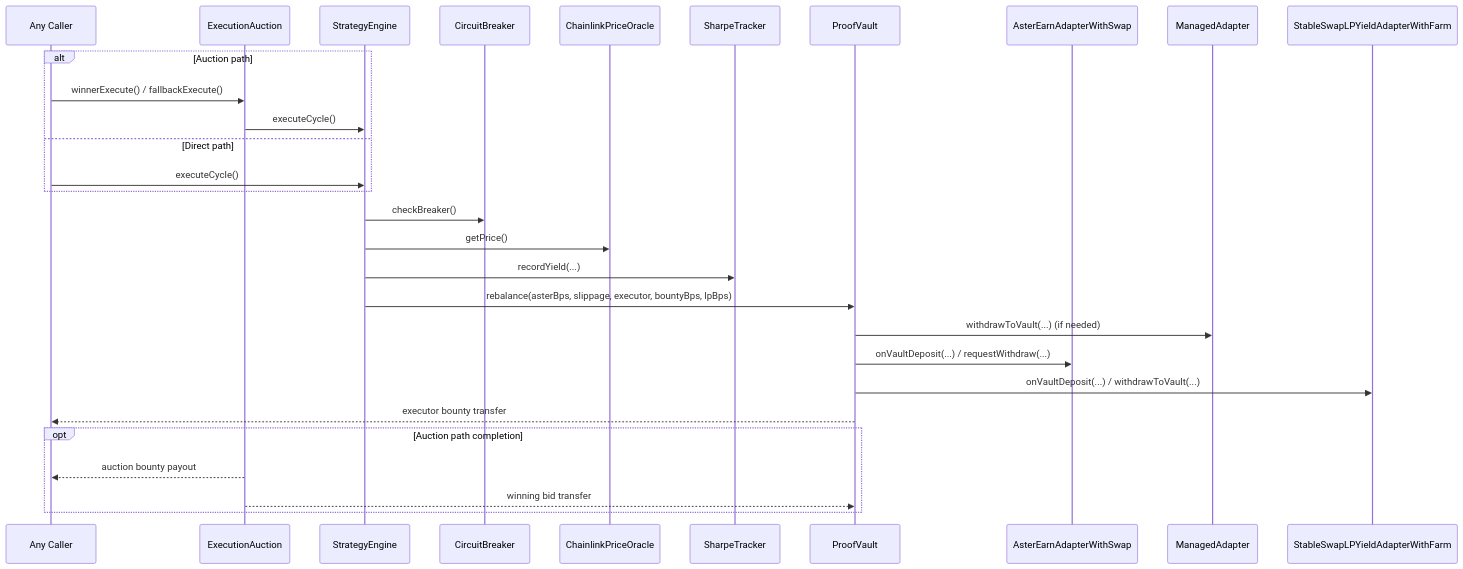
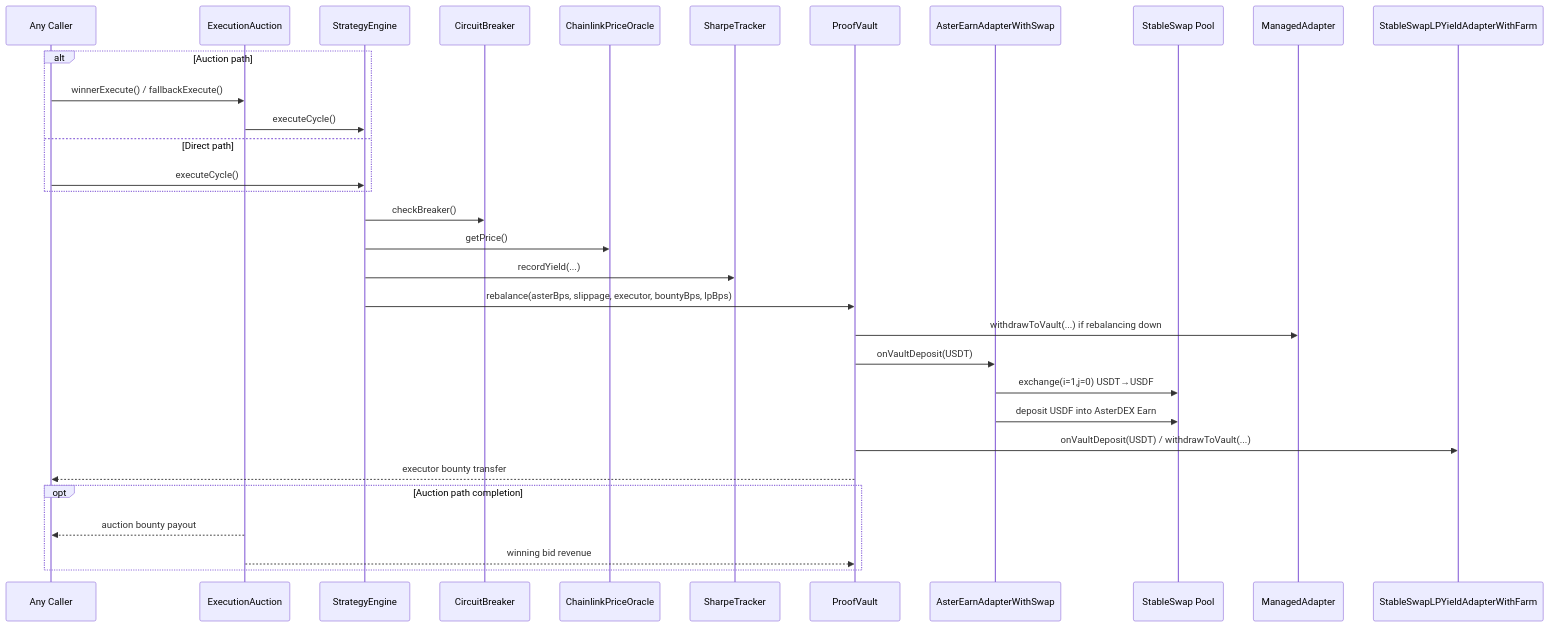
Before and after one commit to anhquan075/asterpilot-proofvault: the second of 2 diagrams in README.md, drawn with Mermaid. The commit also changed other lines of this file, not shown here.

First line of the commit message:
docs: update README architecture, contract table, and Mermaid diagrams for v2 r4

````diff
--- a/README.md
+++ b/README.md
@@ -139,35 +128,38 @@
 ```mermaid
 sequenceDiagram
     participant EOA as Any Caller
     participant EA as ExecutionAuction
     participant SE as StrategyEngine
     participant CB as CircuitBreaker
     participant OR as ChainlinkPriceOracle
     participant ST as SharpeTracker
     participant PV as ProofVault
     participant AA as AsterEarnAdapterWithSwap
+    participant SP as StableSwap Pool
     participant MA as ManagedAdapter
     participant LA as StableSwapLPYieldAdapterWithFarm
 
     alt Auction path
         EOA->>EA: winnerExecute() / fallbackExecute()
         EA->>SE: executeCycle()
     else Direct path
         EOA->>SE: executeCycle()
     end
 
     SE->>CB: checkBreaker()
     SE->>OR: getPrice()
     SE->>ST: recordYield(...)
     SE->>PV: rebalance(asterBps, slippage, executor, bountyBps, lpBps)
 
-    PV->>MA: withdrawToVault(...) (if needed)
-    PV->>AA: onVaultDeposit(...) / requestWithdraw(...)
-    PV->>LA: onVaultDeposit(...) / withdrawToVault(...)
+    PV->>MA: withdrawToVault(...) if rebalancing down
+    PV->>AA: onVaultDeposit(USDT)
+    AA->>SP: exchange(i=1,j=0) USDT→USDF
+    AA->>SP: deposit USDF into AsterDEX Earn
+    PV->>LA: onVaultDeposit(USDT) / withdrawToVault(...)
     PV-->>EOA: executor bounty transfer
 
     opt Auction path completion
         EA-->>EOA: auction bounty payout
-        EA-->>PV: winning bid transfer
+        EA-->>PV: winning bid revenue
     end
 ```
````
